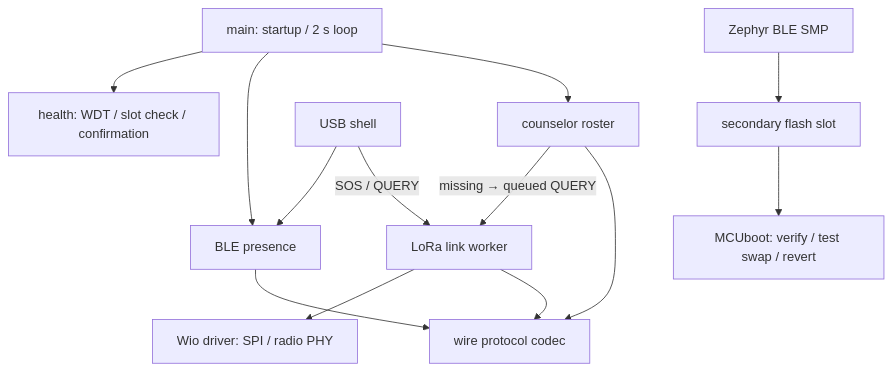
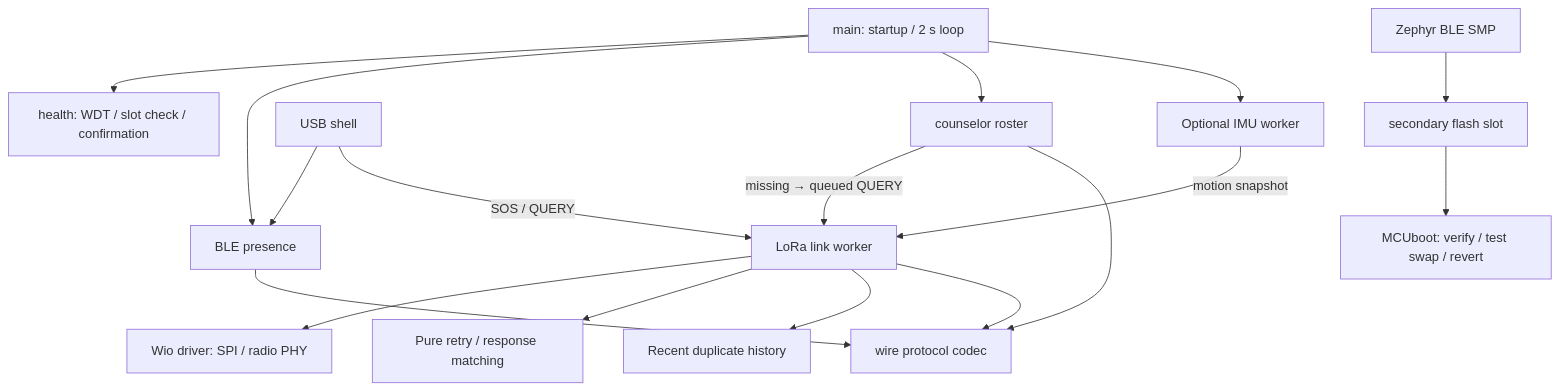
The diagram in docs/en/FIRMWARE.md (ese5180/f26-t02-wearable-buddy-system), drawn with Mermaid before and after one commit. The commit also changed other lines of this file and 84 other files, not shown here.

````diff
--- a/docs/en/FIRMWARE.md
+++ b/docs/en/FIRMWARE.md
@@ -28,15 +34,19 @@
 ```mermaid
 flowchart TD
     MAIN[main: startup / 2 s loop] --> HEALTH[health: WDT / slot check / confirmation]
     MAIN --> PRES[BLE presence]
     MAIN --> ROSTER[counselor roster]
     ROSTER -->|missing → queued QUERY| LINK[LoRa link worker]
     SHELL[USB shell] --> PRES
     SHELL -->|SOS / QUERY| LINK
     LINK --> DRIVER[Wio driver: SPI / radio PHY]
+    LINK --> EXCHANGE[Pure retry / response matching]
+    LINK --> HISTORY[Recent duplicate history]
+    MAIN --> IMU[Optional IMU worker]
+    IMU -->|motion snapshot| LINK
     PRES --> WIRE[wire protocol codec]
     ROSTER --> WIRE
     LINK --> WIRE
     SMP[Zephyr BLE SMP] --> SLOT[secondary flash slot]
     SLOT --> BOOT[MCUboot: verify / test swap / revert]
 ```
````
